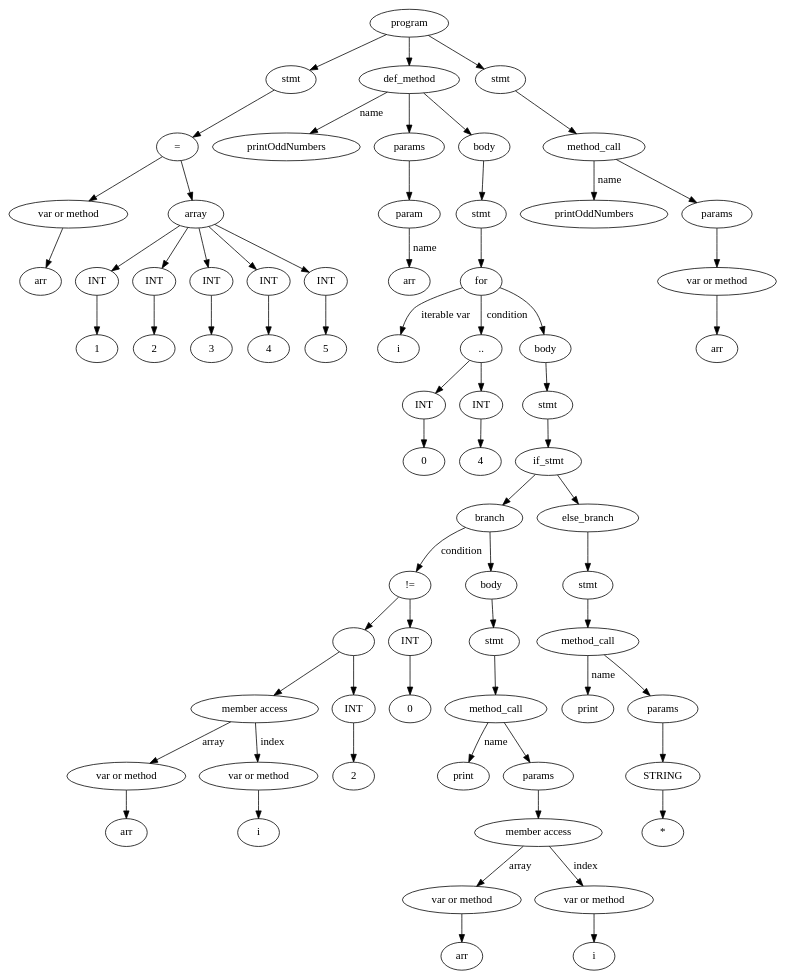
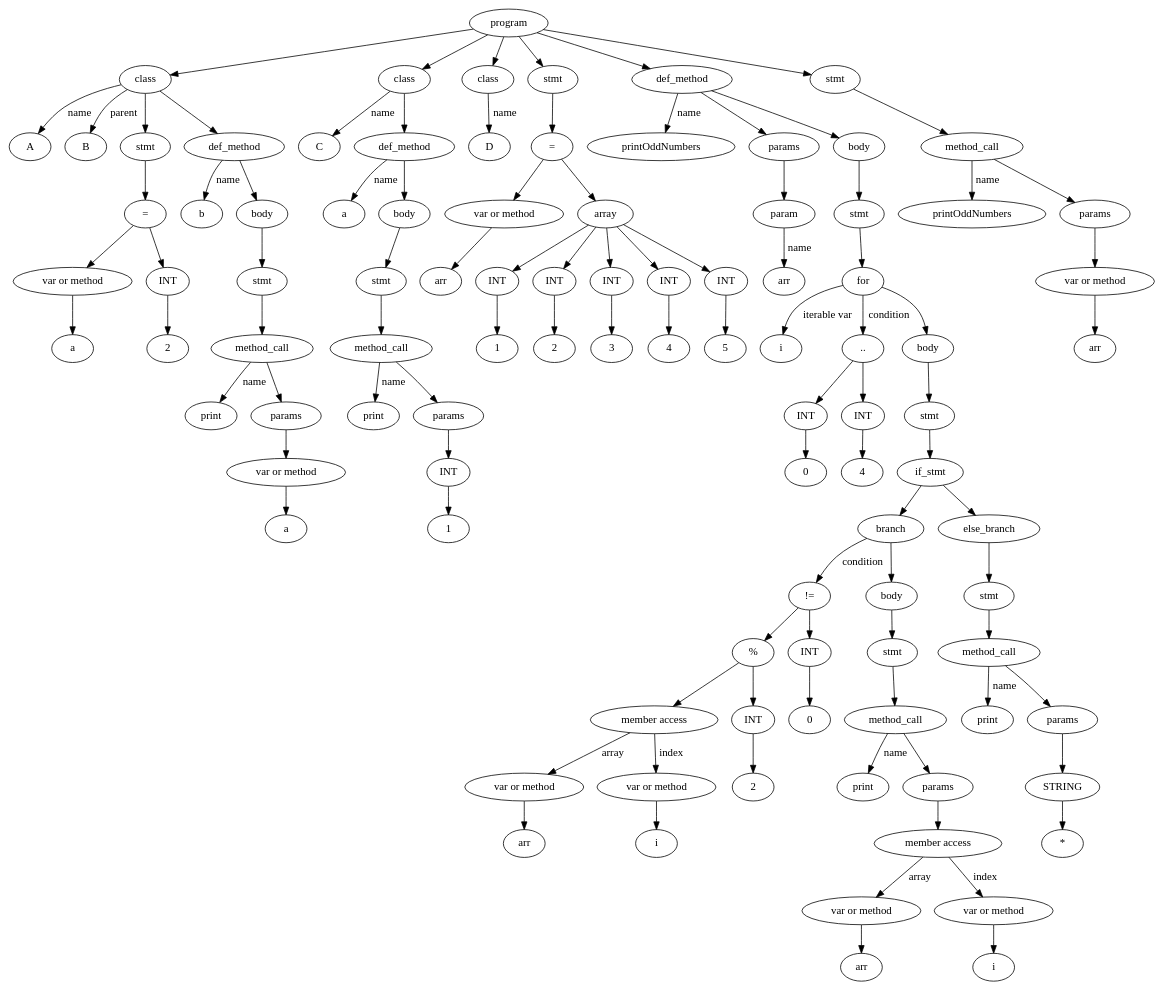
The diagram in RubyCompiler/tree.dot (Kulakov-Nikita/RubyCompiler), drawn with Graphviz before and after one commit. The commit also changed 11 other files, not shown here.

```diff
--- a/RubyCompiler/tree.dot
+++ b/RubyCompiler/tree.dot
@@ -1,137 +1,199 @@
 digraph G {
-Id01074400 [label="program"]
-Id01072458 [label="stmt"]
-Id010723B8 [label="="]
-Id01069D28 [label="var or method"]
-IdVal01069D28 [label="arr"]
-Id01069D28->IdVal01069D28
-Id01072728 [label = "array"]
-Id01069D78 [label="INT"]
-IdVal01069D78 [label="1"]
-Id01069D78->IdVal01069D78
-Id01072728->Id01069D78
-Id0106F0A0 [label="INT"]
-IdVal0106F0A0 [label="2"]
-Id0106F0A0->IdVal0106F0A0
-Id01072728->Id0106F0A0
-Id010604D0 [label="INT"]
-IdVal010604D0 [label="3"]
-Id010604D0->IdVal010604D0
-Id01072728->Id010604D0
-Id01072098 [label="INT"]
-IdVal01072098 [label="4"]
-Id01072098->IdVal01072098
-Id01072728->Id01072098
-Id010722C8 [label="INT"]
-IdVal010722C8 [label="5"]
-Id010722C8->IdVal010722C8
-Id01072728->Id010722C8
-Id010723B8->Id01069D28
-Id010723B8->Id01072728
-Id01072458->Id010723B8
-Id01074400->Id01072458
-Id01072F28 [label="def_method"]
-IdName01072F28 [label="printOddNumbers"]
-Id01072F28->IdName01072F28 [label = "name"]
-Id01072C90 [label="params"]
-Id01072C58 [label="param"]
-Id01072C90->Id01072C58
-IdNameVal01072C58 [label="arr"]
-Id01072C58->IdNameVal01072C58 [label="name"]
-Id01072F28->Id01072C90
-Id01072F98 [label="body"]
-Id01072368 [label="stmt"]
-Id01073120 [label="for"]
-IdItersName01073120 [label="i"]
-Id01073120->IdItersName01073120  [label="iterable var"]
-Id01072278 [label=".."]
-Id01072408 [label="INT"]
-IdVal01072408 [label="0"]
-Id01072408->IdVal01072408
-Id010726D8 [label="INT"]
-IdVal010726D8 [label="4"]
-Id010726D8->IdVal010726D8
-Id01072278->Id01072408
-Id01072278->Id010726D8
-Id01073120->Id01072278  [label="condition"]
-IdBody01073120 [label="body"]
-Id01072318 [label="stmt"]
-Id01072F60 [label="if_stmt"]
-Id01072E60 [label="branch"]
-Id01072638 [label="!="]
-Id01072598 [label=""]
-Id01072778 [label = "member access"]
-Id010724A8 [label="var or method"]
-IdVal010724A8 [label="arr"]
-Id010724A8->IdVal010724A8
-Id010724F8 [label="var or method"]
-IdVal010724F8 [label="i"]
-Id010724F8->IdVal010724F8
-Id01072778->Id010724A8 [label = "array"]
-Id01072778->Id010724F8 [label = "index"]
-Id01072548 [label="INT"]
-IdVal01072548 [label="2"]
-Id01072548->IdVal01072548
-Id01072598->Id01072778
-Id01072598->Id01072548
-Id010725E8 [label="INT"]
-IdVal010725E8 [label="0"]
-Id010725E8->IdVal010725E8
-Id01072638->Id01072598
-Id01072638->Id010725E8
-Id01072E60->Id01072638  [label="condition"]
-IdBody01072E60 [label="body"]
-Id01072138 [label="stmt"]
-Id01072688 [label="method_call"]
-IdMethodNameVal01072688 [label="print"]
-Id01072688->IdMethodNameVal01072688 [label="name"]
-Id01072DF0 [label="params"]
-Id01072688->Id01072DF0
-Id010720E8 [label = "member access"]
-Id010727C8 [label="var or method"]
-IdVal010727C8 [label="arr"]
-Id010727C8->IdVal010727C8
-Id01072048 [label="var or method"]
-IdVal01072048 [label="i"]
-Id01072048->IdVal01072048
-Id010720E8->Id010727C8 [label = "array"]
-Id010720E8->Id01072048 [label = "index"]
-Id01072DF0->Id010720E8
-Id01072138->Id01072688
-IdBody01072E60->Id01072138
-Id01072E60->IdBody01072E60
-Id01072F60->Id01072E60
-IdElse010731C8 [label="else_branch"]
-Id01072228 [label="stmt"]
-Id010721D8 [label="method_call"]
-IdMethodNameVal010721D8 [label="print"]
-Id010721D8->IdMethodNameVal010721D8 [label="name"]
-Id01073238 [label="params"]
-Id010721D8->Id01073238
-Id01072188 [label="STRING"]
-IdVal01072188 [label="*"]
-Id01072188->IdVal01072188
-Id01073238->Id01072188
-Id01072228->Id010721D8
-IdElse010731C8->Id01072228
-Id01072F60->IdElse010731C8
-Id01072318->Id01072F60
-IdBody01073120->Id01072318
-Id01073120->IdBody01073120
-Id01072368->Id01073120
-Id01072F98->Id01072368
-Id01072F28->Id01072F98
-Id01074400->Id01072F28
-Id01073B18 [label="stmt"]
-Id01073AC8 [label="method_call"]
-IdMethodNameVal01073AC8 [label="printOddNumbers"]
-Id01073AC8->IdMethodNameVal01073AC8 [label="name"]
-Id01073200 [label="params"]
-Id01073AC8->Id01073200
-Id01073A28 [label="var or method"]
-IdVal01073A28 [label="arr"]
-Id01073A28->IdVal01073A28
-Id01073200->Id01073A28
-Id01073B18->Id01073AC8
-Id01074400->Id01073B18
+Id00C435D0 [label="program"]
+Id00C3CA00 [label="class"]
+IdName00C3CA00 [label="A"]
+Id00C3CA00->IdName00C3CA00 [label="name"]
+IdParent00C3CA00 [label="B"]
+Id00C3CA00->IdParent00C3CA00 [label="parent"]
+Id00C42708 [label="stmt"]
+Id00C3C778 [label="="]
+Id00C3C6D8 [label="var or method"]
+IdVal00C3C6D8 [label="a"]
+Id00C3C6D8->IdVal00C3C6D8
+Id00C3C728 [label="INT"]
+IdVal00C3C728 [label="2"]
+Id00C3C728->IdVal00C3C728
+Id00C3C778->Id00C3C6D8
+Id00C3C778->Id00C3C728
+Id00C42708->Id00C3C778
+Id00C3CA00->Id00C42708
+Id00C3C948 [label="def_method"]
+IdName00C3C948 [label="b"]
+Id00C3C948->IdName00C3C948 [label = "name"]
+Id00C3C910 [label="body"]
+Id00C422F8 [label="stmt"]
+Id00C42078 [label="method_call"]
+IdMethodNameVal00C42078 [label="print"]
+Id00C42078->IdMethodNameVal00C42078 [label="name"]
+Id00C3C8D8 [label="params"]
+Id00C42078->Id00C3C8D8
+Id00C426B8 [label="var or method"]
+IdVal00C426B8 [label="a"]
+Id00C426B8->IdVal00C426B8
+Id00C3C8D8->Id00C426B8
+Id00C422F8->Id00C42078
+Id00C3C910->Id00C422F8
+Id00C3C948->Id00C3C910
+Id00C3CA00->Id00C3C948
+Id00C435D0->Id00C3CA00
+Id00C42DC0 [label="class"]
+IdName00C42DC0 [label="C"]
+Id00C42DC0->IdName00C42DC0 [label="name"]
+Id00C43098 [label="def_method"]
+IdName00C43098 [label="a"]
+Id00C43098->IdName00C43098 [label = "name"]
+Id00C43060 [label="body"]
+Id00C42758 [label="stmt"]
+Id00C42488 [label="method_call"]
+IdMethodNameVal00C42488 [label="print"]
+Id00C42488->IdMethodNameVal00C42488 [label="name"]
+Id00C42D28 [label="params"]
+Id00C42488->Id00C42D28
+Id00C42258 [label="INT"]
+IdVal00C42258 [label="1"]
+Id00C42258->IdVal00C42258
+Id00C42D28->Id00C42258
+Id00C42758->Id00C42488
+Id00C43060->Id00C42758
+Id00C43098->Id00C43060
+Id00C42DC0->Id00C43098
+Id00C435D0->Id00C42DC0
+Id00C43028 [label="class"]
+IdName00C43028 [label="D"]
+Id00C43028->IdName00C43028 [label="name"]
+Id00C435D0->Id00C43028
+Id00C424D8 [label="stmt"]
+Id00C42578 [label="="]
+Id00C425C8 [label="var or method"]
+IdVal00C425C8 [label="arr"]
+Id00C425C8->IdVal00C425C8
+Id00C42528 [label = "array"]
+Id00C42118 [label="INT"]
+IdVal00C42118 [label="1"]
+Id00C42118->IdVal00C42118
+Id00C42528->Id00C42118
+Id00C42168 [label="INT"]
+IdVal00C42168 [label="2"]
+Id00C42168->IdVal00C42168
+Id00C42528->Id00C42168
+Id00C42618 [label="INT"]
+IdVal00C42618 [label="3"]
+Id00C42618->IdVal00C42618
+Id00C42528->Id00C42618
+Id00C420C8 [label="INT"]
+IdVal00C420C8 [label="4"]
+Id00C420C8->IdVal00C420C8
+Id00C42528->Id00C420C8
+Id00C421B8 [label="INT"]
+IdVal00C421B8 [label="5"]
+Id00C421B8->IdVal00C421B8
+Id00C42528->Id00C421B8
+Id00C42578->Id00C425C8
+Id00C42578->Id00C42528
+Id00C424D8->Id00C42578
+Id00C435D0->Id00C424D8
+Id00C44AB8 [label="def_method"]
+IdName00C44AB8 [label="printOddNumbers"]
+Id00C44AB8->IdName00C44AB8 [label = "name"]
+Id00C42ED8 [label="params"]
+Id00C43108 [label="param"]
+Id00C42ED8->Id00C43108
+IdNameVal00C43108 [label="arr"]
+Id00C43108->IdNameVal00C43108 [label="name"]
+Id00C44AB8->Id00C42ED8
+Id00C44C08 [label="body"]
+Id00C43E80 [label="stmt"]
+Id00C44C40 [label="for"]
+IdItersName00C44C40 [label="i"]
+Id00C44C40->IdItersName00C44C40  [label="iterable var"]
+Id00C42348 [label=".."]
+Id00C42208 [label="INT"]
+IdVal00C42208 [label="0"]
+Id00C42208->IdVal00C42208
+Id00C422A8 [label="INT"]
+IdVal00C422A8 [label="4"]
+Id00C422A8->IdVal00C422A8
+Id00C42348->Id00C42208
+Id00C42348->Id00C422A8
+Id00C44C40->Id00C42348  [label="condition"]
+IdBody00C44C40 [label="body"]
+Id00C43890 [label="stmt"]
+Id00C42F80 [label="if_stmt"]
+Id00C42F48 [label="branch"]
+Id00C43C00 [label="!="]
+Id00C427A8 [label="%"]
+Id00C42668 [label = "member access"]
+Id00C42398 [label="var or method"]
+IdVal00C42398 [label="arr"]
+Id00C42398->IdVal00C42398
+Id00C423E8 [label="var or method"]
+IdVal00C423E8 [label="i"]
+Id00C423E8->IdVal00C423E8
+Id00C42668->Id00C42398 [label = "array"]
+Id00C42668->Id00C423E8 [label = "index"]
+Id00C42438 [label="INT"]
+IdVal00C42438 [label="2"]
+Id00C42438->IdVal00C42438
+Id00C427A8->Id00C42668
+Id00C427A8->Id00C42438
+Id00C427F8 [label="INT"]
+IdVal00C427F8 [label="0"]
+Id00C427F8->IdVal00C427F8
+Id00C43C00->Id00C427A8
+Id00C43C00->Id00C427F8
+Id00C42F48->Id00C43C00  [label="condition"]
+IdBody00C42F48 [label="body"]
+Id00C438E0 [label="stmt"]
+Id00C43CA0 [label="method_call"]
+IdMethodNameVal00C43CA0 [label="print"]
+Id00C43CA0->IdMethodNameVal00C43CA0 [label="name"]
+Id00C42EA0 [label="params"]
+Id00C43CA0->Id00C42EA0
+Id00C43A20 [label = "member access"]
+Id00C43E30 [label="var or method"]
+IdVal00C43E30 [label="arr"]
+Id00C43E30->IdVal00C43E30
+Id00C44100 [label="var or method"]
+IdVal00C44100 [label="i"]
+Id00C44100->IdVal00C44100
+Id00C43A20->Id00C43E30 [label = "array"]
+Id00C43A20->Id00C44100 [label = "index"]
+Id00C42EA0->Id00C43A20
+Id00C438E0->Id00C43CA0
+IdBody00C42F48->Id00C438E0
+Id00C42F48->IdBody00C42F48
+Id00C42F80->Id00C42F48
+IdElse00C42FF0 [label="else_branch"]
+Id00C43CF0 [label="stmt"]
+Id00C43B60 [label="method_call"]
+IdMethodNameVal00C43B60 [label="print"]
+Id00C43B60->IdMethodNameVal00C43B60 [label="name"]
+Id00C42E30 [label="params"]
+Id00C43B60->Id00C42E30
+Id00C44150 [label="STRING"]
+IdVal00C44150 [label="*"]
+Id00C44150->IdVal00C44150
+Id00C42E30->Id00C44150
+Id00C43CF0->Id00C43B60
+IdElse00C42FF0->Id00C43CF0
+Id00C42F80->IdElse00C42FF0
+Id00C43890->Id00C42F80
+IdBody00C44C40->Id00C43890
+Id00C44C40->IdBody00C44C40
+Id00C43E80->Id00C44C40
+Id00C44C08->Id00C43E80
+Id00C44AB8->Id00C44C08
+Id00C435D0->Id00C44AB8
+Id00C43A70 [label="stmt"]
+Id00C43D40 [label="method_call"]
+IdMethodNameVal00C43D40 [label="printOddNumbers"]
+Id00C43D40->IdMethodNameVal00C43D40 [label="name"]
+Id00C44D90 [label="params"]
+Id00C43D40->Id00C44D90
+Id00C43980 [label="var or method"]
+IdVal00C43980 [label="arr"]
+Id00C43980->IdVal00C43980
+Id00C44D90->Id00C43980
+Id00C43A70->Id00C43D40
+Id00C435D0->Id00C43A70
 }
```
